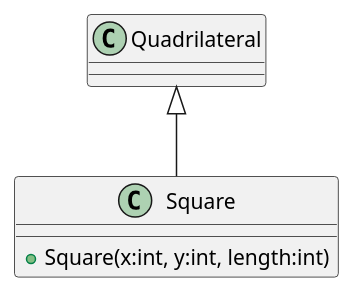
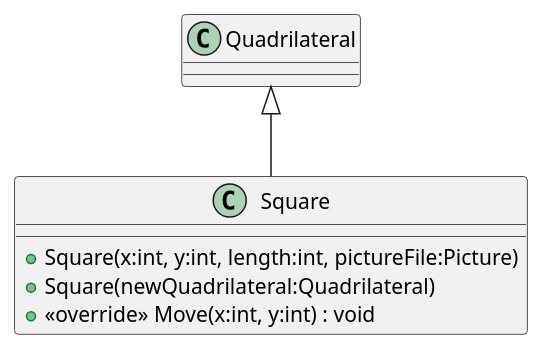
Before and after one commit to 19vano97/levelUpOOP: the diagram in plantuml/20240701_HW_Inheritence/Square.puml, drawn with PlantUML. The commit also changed 42 other files, not shown here.

```diff
--- a/plantuml/20240701_HW_Inheritence/Square.puml
+++ b/plantuml/20240701_HW_Inheritence/Square.puml
@@ -1,6 +1,8 @@
 @startuml
 class Square {
-    + Square(x:int, y:int, length:int)
+    + Square(x:int, y:int, length:int, pictureFile:Picture)
+    + Square(newQuadrilateral:Quadrilateral)
+    + <<override>> Move(x:int, y:int) : void
 }
 Quadrilateral <|-- Square
 @enduml
```
